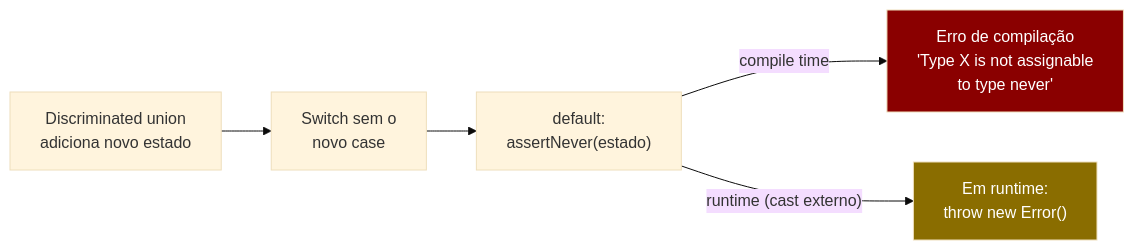
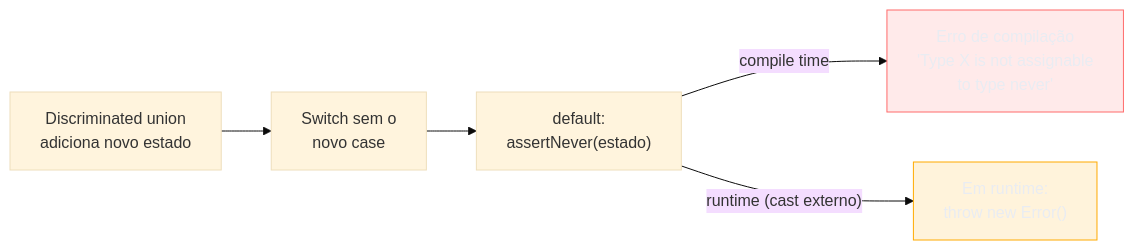
One commit to josenaldo/codex-technomanticus changed the second of 3 diagrams in 03-Dominios/Tecnologia/TypeScript/08 - Discriminated unions e exhaustiveness.md. Above: the diagram before and after it, drawn with Mermaid (base theme). The commit also changed other lines of this file and 1181 other files, not shown here.

First line of the commit message:
fix(diagramas): paleta do sistema no lugar de cor cravada no markdown

````diff
--- a/03-Dominios/Tecnologia/TypeScript/08 - Discriminated unions e exhaustiveness.md
+++ b/03-Dominios/Tecnologia/TypeScript/08 - Discriminated unions e exhaustiveness.md
@@ -195,15 +197,17 @@
 ```mermaid
 flowchart LR
+    classDef falha fill:#FF6B6B24,stroke:#FF6B6B,color:#E9ECF2
+    classDef destaque fill:#FFAA0024,stroke:#FFAA00,color:#E9ECF2
     DU["Discriminated union\nadiciona novo estado"]
     SW["Switch sem o\nnovo case"]
     DEF["default:\nassertNever(estado)"]
     CE["Erro de compilação\n'Type X is not assignable\nto type never'"]
     RTF["Em runtime:\nthrow new Error()"]
 
     DU --> SW --> DEF
     DEF -->|"compile time"| CE
     DEF -->|"runtime (cast externo)"| RTF
 
-    style CE fill:#8a0000,color:#fff
-    style RTF fill:#8a6d00,color:#fff
+    class CE falha
+    class RTF destaque
 ```
````
